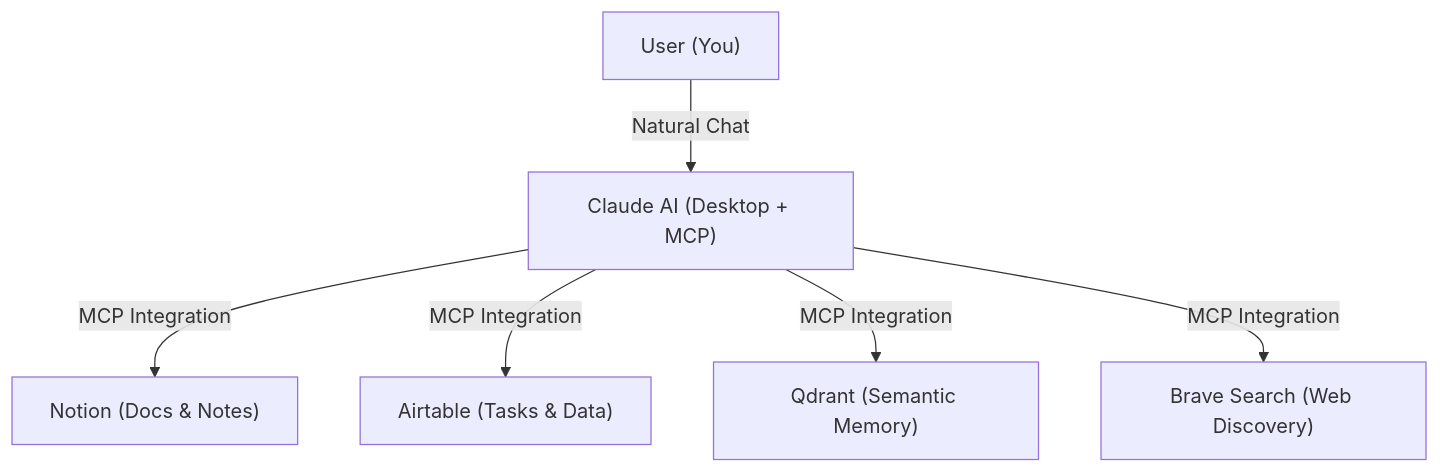
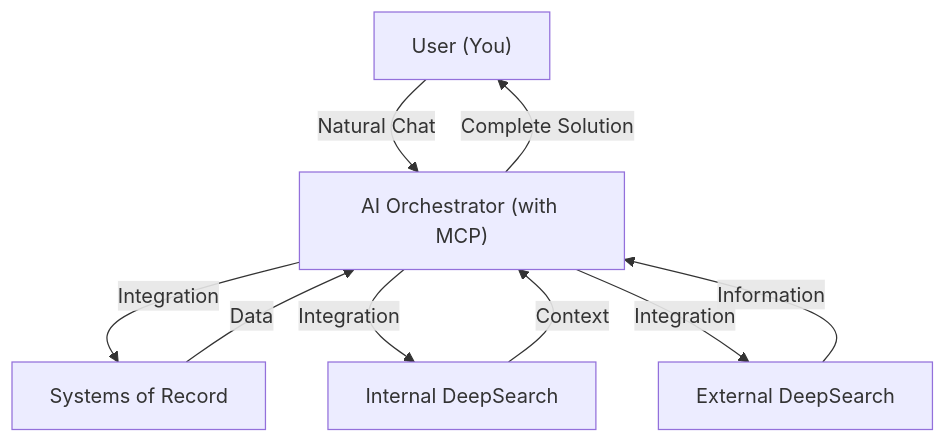
The diagram in readme.md (TNEP4/Asteria), drawn with Mermaid before and after one commit. The commit also changed other lines of this file, not shown here.

````diff
--- a/readme.md
+++ b/readme.md
@@ -36,8 +69,11 @@
 ```mermaid
 graph TD
-    user["User (You)"] -->|"Natural Chat"| claude["Claude AI (Desktop + MCP)"]
-    claude -->|"MCP Integration"| notion["Notion (Docs & Notes)"]
-    claude -->|"MCP Integration"| airtable["Airtable (Tasks & Data)"]
-    claude -->|"MCP Integration"| qdrant["Qdrant (Semantic Memory)"]
-    claude -->|"MCP Integration"| brave["Brave Search (Web Discovery)"]
+    user["User (You)"] -->|"Natural Chat"| orchestrator["AI Orchestrator (with MCP)"]
+    orchestrator -->|"Integration"| systems["Systems of Record"]
+    orchestrator -->|"Integration"| internal["Internal DeepSearch"]
+    orchestrator -->|"Integration"| external["External DeepSearch"]
+    systems -->|"Data"| orchestrator
+    internal -->|"Context"| orchestrator
+    external -->|"Information"| orchestrator
+    orchestrator -->|"Complete Solution"| user
 ```
````
